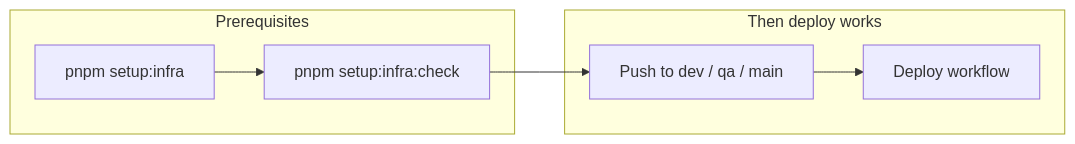
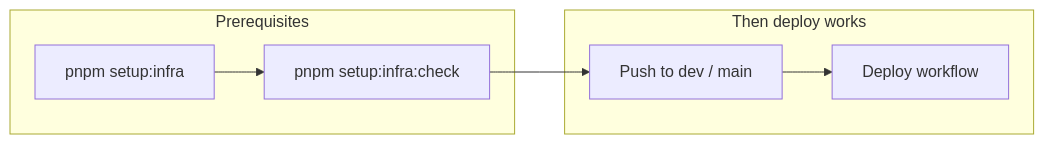
Before and after one commit to nikunjmavani/core-be: the diagram in docs/deployment/setup/setup-automation.md, drawn with Mermaid. The commit also changed other lines of this file and 145 other files, not shown here.

````diff
--- a/docs/deployment/setup/setup-automation.md
+++ b/docs/deployment/setup/setup-automation.md
@@ -13,16 +13,16 @@
 ```mermaid
 flowchart LR
   subgraph prereq [Prerequisites]
     Setup[pnpm setup:infra]
     Check[pnpm setup:infra:check]
   end
 
   subgraph deploy [Then deploy works]
-    Push[Push to dev / qa / main]
+    Push[Push to dev / main]
     CI[Deploy workflow]
   end
 
   Setup --> Check
   Check --> Push
   Push --> CI
 ```
````
